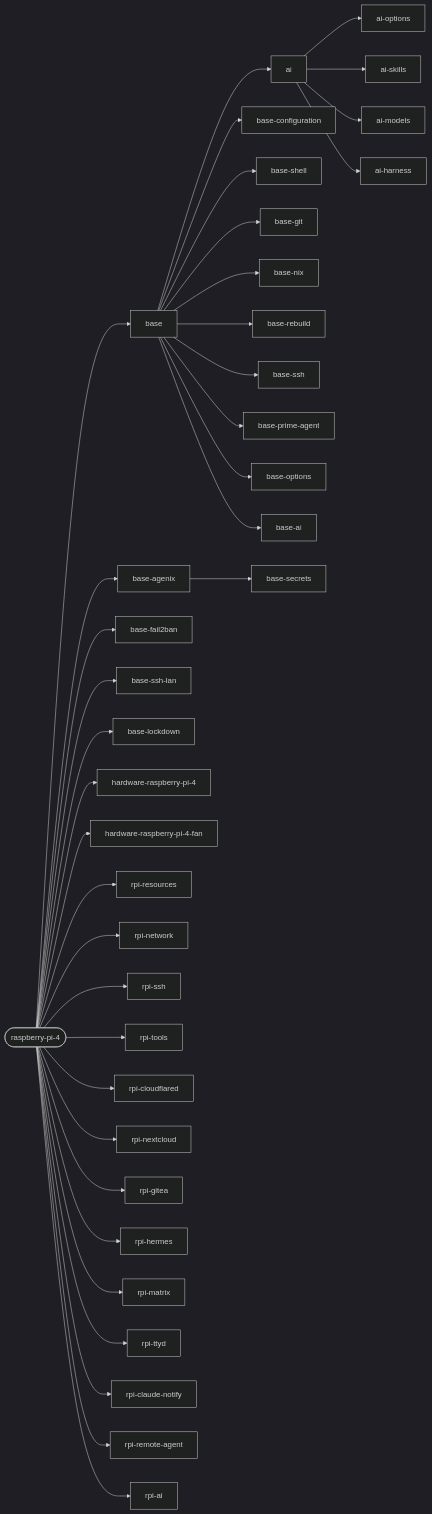
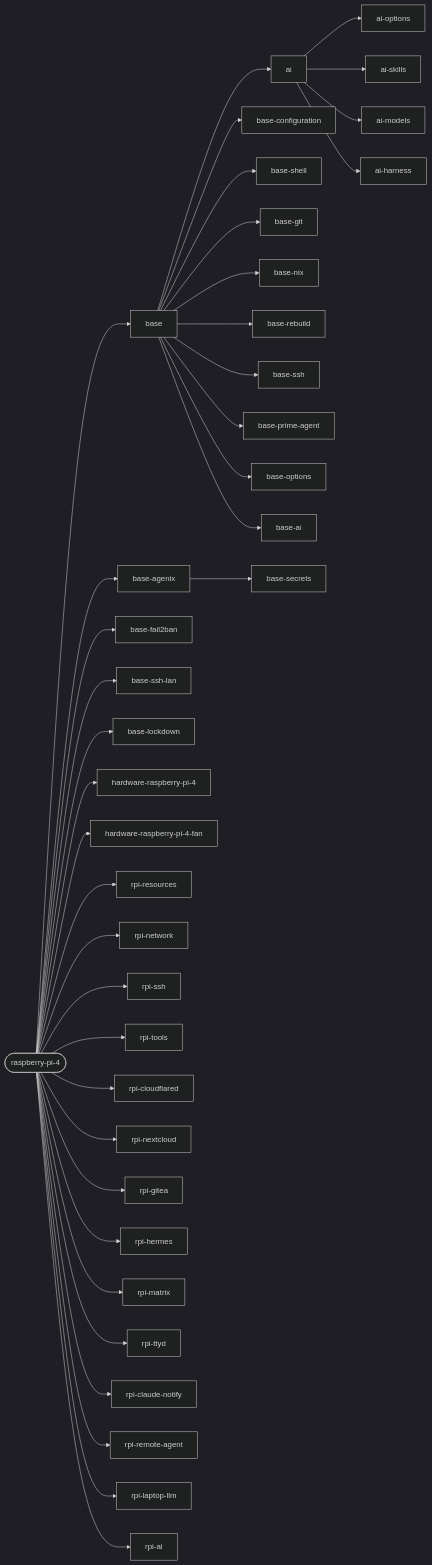
Before and after one commit to janusz-bit/nixos: the second of 3 diagrams in docs/reference/hosts.md, drawn with Mermaid (dark theme). The commit also changed other lines of this file and 9 other files, not shown here.

````diff
--- a/docs/reference/hosts.md
+++ b/docs/reference/hosts.md
@@ -132,39 +134,40 @@
 ```mermaid
 flowchart LR
   host_raspberry_pi_4([raspberry-pi-4])
   host_raspberry_pi_4 --> base[base]
   host_raspberry_pi_4 --> base_agenix[base-agenix]
   host_raspberry_pi_4 --> base_fail2ban[base-fail2ban]
   host_raspberry_pi_4 --> base_ssh_lan[base-ssh-lan]
   host_raspberry_pi_4 --> base_lockdown[base-lockdown]
   host_raspberry_pi_4 --> hardware_raspberry_pi_4[hardware-raspberry-pi-4]
   host_raspberry_pi_4 --> hardware_raspberry_pi_4_fan[hardware-raspberry-pi-4-fan]
   host_raspberry_pi_4 --> rpi_resources[rpi-resources]
   host_raspberry_pi_4 --> rpi_network[rpi-network]
   host_raspberry_pi_4 --> rpi_ssh[rpi-ssh]
   host_raspberry_pi_4 --> rpi_tools[rpi-tools]
   host_raspberry_pi_4 --> rpi_cloudflared[rpi-cloudflared]
   host_raspberry_pi_4 --> rpi_nextcloud[rpi-nextcloud]
   host_raspberry_pi_4 --> rpi_gitea[rpi-gitea]
   host_raspberry_pi_4 --> rpi_hermes[rpi-hermes]
   host_raspberry_pi_4 --> rpi_matrix[rpi-matrix]
   host_raspberry_pi_4 --> rpi_ttyd[rpi-ttyd]
   host_raspberry_pi_4 --> rpi_claude_notify[rpi-claude-notify]
   host_raspberry_pi_4 --> rpi_remote_agent[rpi-remote-agent]
+  host_raspberry_pi_4 --> rpi_laptop_llm[rpi-laptop-llm]
   host_raspberry_pi_4 --> rpi_ai[rpi-ai]
   ai --> ai_options[ai-options]
   ai --> ai_skills[ai-skills]
   ai --> ai_models[ai-models]
   ai --> ai_harness[ai-harness]
   base --> base_configuration[base-configuration]
   base --> base_shell[base-shell]
   base --> base_git[base-git]
   base --> base_nix[base-nix]
   base --> base_rebuild[base-rebuild]
   base --> base_ssh[base-ssh]
   base --> base_prime_agent[base-prime-agent]
   base --> base_options[base-options]
   base --> ai[ai]
   base --> base_ai[base-ai]
   base_agenix --> base_secrets[base-secrets]
 ```
````
